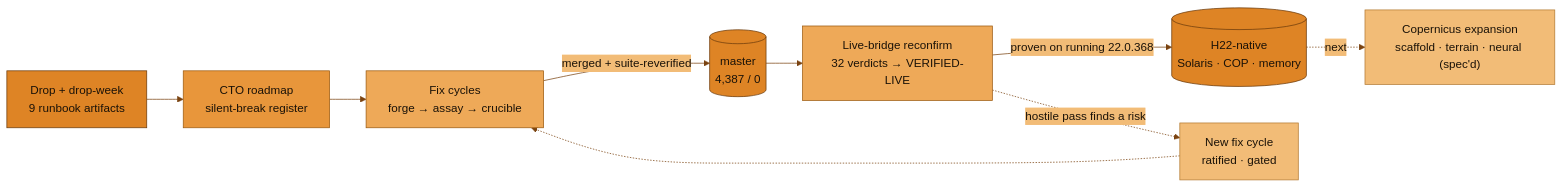
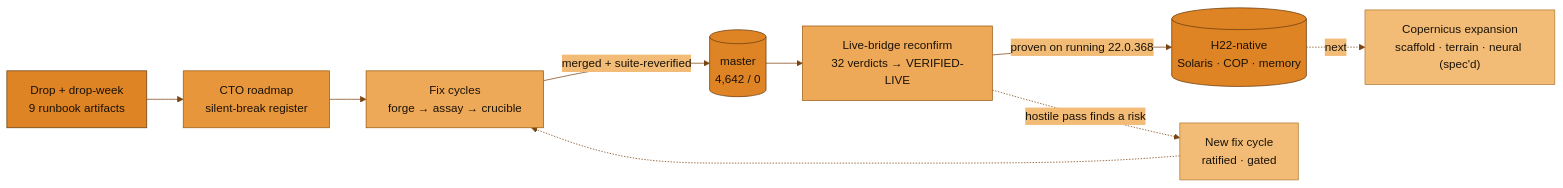
Before and after one commit to JosephOIbrahim/Synapse: the fourth of 8 diagrams in README.md, drawn with Mermaid. The commit also changed other lines of this file and 8 other files, not shown here.

````diff
--- a/README.md
+++ b/README.md
@@ -131,16 +216,16 @@
 ```mermaid
 %%{init: {'theme':'base', 'themeVariables': {'primaryColor':'#E8963B','primaryTextColor':'#1A1208','primaryBorderColor':'#9C5A10','lineColor':'#7A4310','secondaryColor':'#EEA958','tertiaryColor':'#F2BC77','edgeLabelBackground':'#F2BC77','clusterBkg':'#F2BC77','clusterBorder':'#9C5A10'}}}%%
 flowchart LR
     DROP["Drop + drop-week<br/>9 runbook artifacts"]:::hou --> ROADMAP["CTO roadmap<br/>silent-break register"]:::panel
     ROADMAP --> FIX["Fix cycles<br/>forge → assay → crucible"]:::bridge
-    FIX -->|"merged + suite-reverified"| MERGED[("master<br/>4,387 / 0")]:::hou
+    FIX -->|"merged + suite-reverified"| MERGED[("master<br/>4,642 / 0")]:::hou
     MERGED --> LIVE["Live-bridge reconfirm<br/>32 verdicts → VERIFIED-LIVE"]:::bridge
     LIVE -->|"proven on running 22.0.368"| DEMO[("H22-native<br/>Solaris · COP · memory")]:::hou
     LIVE -.hostile pass finds a risk.-> NEXT["New fix cycle<br/>ratified · gated"]:::side
     NEXT -.-> FIX
     DEMO -.next.-> EXPAND["Copernicus expansion<br/>scaffold · terrain · neural (spec'd)"]:::side
     classDef panel fill:#E8963B,stroke:#9C5A10,color:#1A1208
     classDef bridge fill:#EEA958,stroke:#9C5A10,color:#1A1208
     classDef hou fill:#DE8425,stroke:#6B3A0C,color:#1A1208
     classDef side fill:#F2BC77,stroke:#B37A33,color:#1A1208
 ```
````
